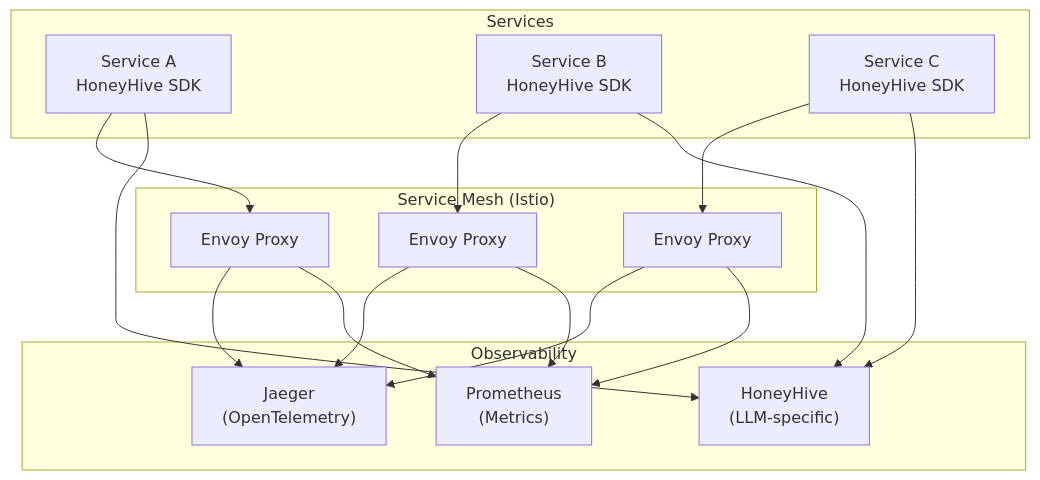
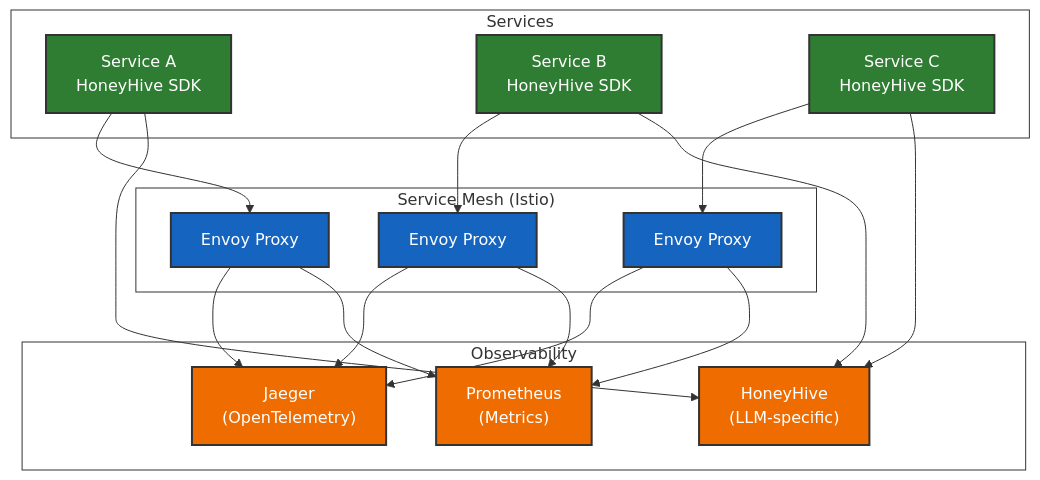
Before and after one commit to honeyhiveai/python-sdk: diagram 14 of 15 in docs/explanation/architecture/diagrams.rst, drawn with Mermaid. The commit also changed other lines of this file and 44 other files, not shown here.

```diff
--- a/docs/explanation/architecture/diagrams.rst
+++ b/docs/explanation/architecture/diagrams.rst
@@ -446,36 +530,45 @@
 .. mermaid::
 
+   %%{init: {'theme':'base', 'themeVariables': {'primaryColor': '#1565c0', 'primaryTextColor': '#ffffff', 'primaryBorderColor': '#333333', 'lineColor': '#333333', 'secondaryColor': '#2e7d32', 'tertiaryColor': '#ef6c00', 'background': 'transparent', 'mainBkg': 'transparent', 'secondBkg': 'transparent', 'nodeBkg': '#1565c0', 'nodeBorder': '#333333', 'clusterBkg': 'transparent', 'clusterBorder': '#333333', 'defaultLinkColor': '#333333', 'titleColor': '#333333', 'edgeLabelBackground': 'transparent', 'nodeTextColor': '#ffffff'}, 'flowchart': {'linkColor': '#333333', 'linkWidth': 2}}}%%
    graph TB
        subgraph "Service Mesh (Istio)"
            Proxy1["Envoy Proxy"]
            Proxy2["Envoy Proxy"]
            Proxy3["Envoy Proxy"]
        end
        
        subgraph "Services"
            Service1["Service A<br/>HoneyHive SDK"]
            Service2["Service B<br/>HoneyHive SDK"]
            Service3["Service C<br/>HoneyHive SDK"]
        end
        
        subgraph "Observability"
            Jaeger["Jaeger<br/>(OpenTelemetry)"]
            HoneyHive["HoneyHive<br/>(LLM-specific)"]
            Metrics["Prometheus<br/>(Metrics)"]
        end
        
        Service1 --> Proxy1
        Service2 --> Proxy2
        Service3 --> Proxy3
        
        Proxy1 --> Jaeger
        Proxy2 --> Jaeger
        Proxy3 --> Jaeger
        
        Service1 --> HoneyHive
        Service2 --> HoneyHive
        Service3 --> HoneyHive
        
        Proxy1 --> Metrics
        Proxy2 --> Metrics
        Proxy3 --> Metrics
+       
+       classDef proxyClass fill:#1565c0,stroke:#333333,stroke-width:2px,color:#ffffff
+       classDef serviceClass fill:#2e7d32,stroke:#333333,stroke-width:2px,color:#ffffff
+       classDef observabilityClass fill:#ef6c00,stroke:#333333,stroke-width:2px,color:#ffffff
+       
+       class Proxy1,Proxy2,Proxy3 proxyClass
+       class Service1,Service2,Service3 serviceClass
+       class Jaeger,HoneyHive,Metrics observabilityClass
```
